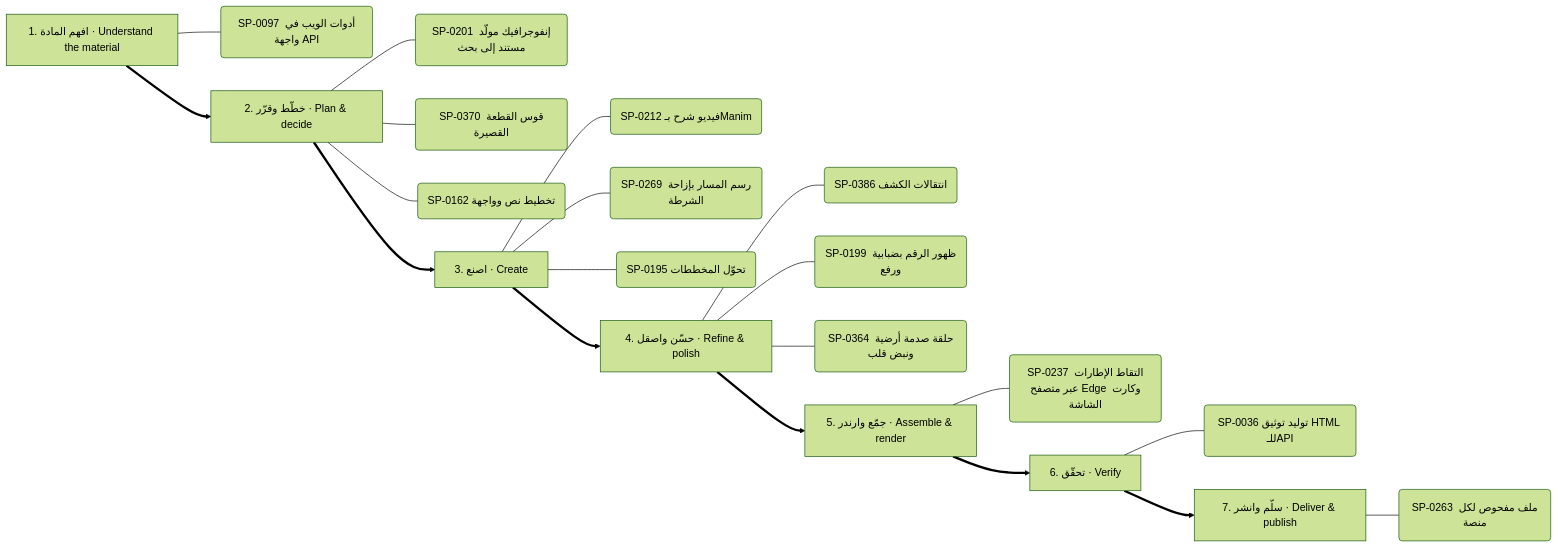
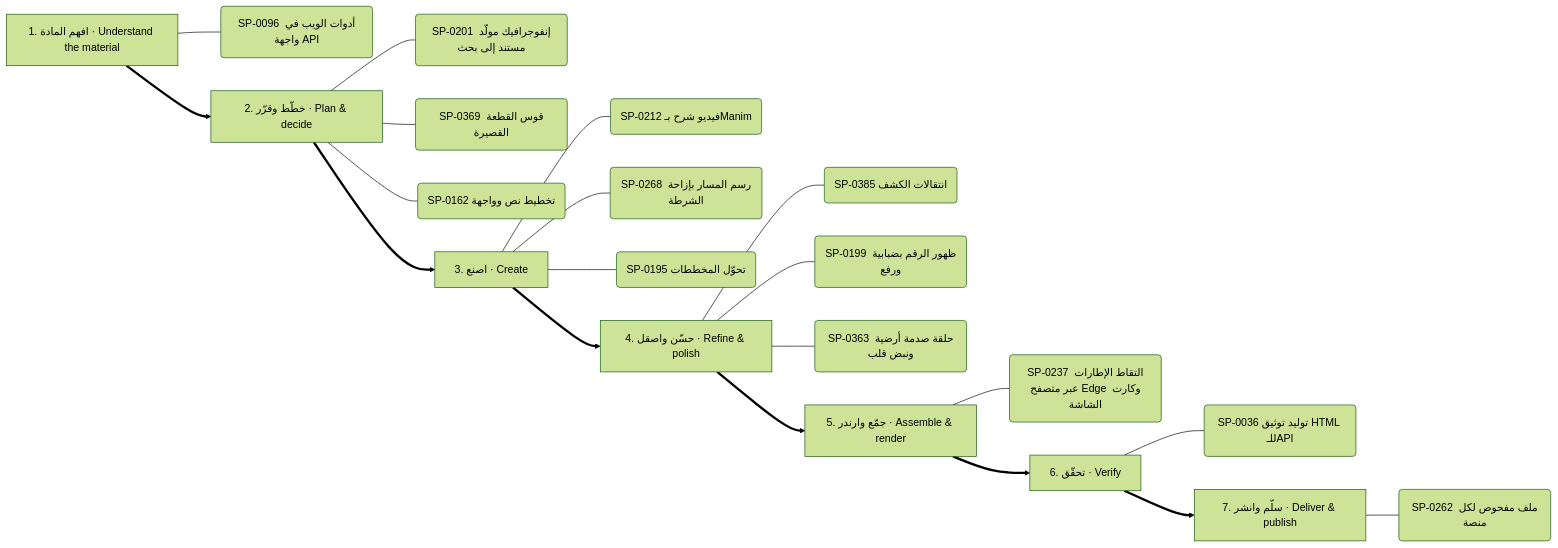
One commit to kosif199022-jpg/kosif-tool changed the fifth of 13 diagrams in .claude/skills/kosif-superpowers/references/capability-mindmap.md. Above: the diagram before and after it, drawn with Mermaid (forest theme). The commit also changed other lines of this file and 61 other files, not shown here.

````diff
--- a/.claude/skills/kosif-superpowers/references/capability-mindmap.md
+++ b/.claude/skills/kosif-superpowers/references/capability-mindmap.md
@@ -272,29 +273,29 @@
 ```mermaid
 flowchart LR
   S0["1. افهم المادة · Understand the material"]
-  S0 --- S0_0("SP-0097 أدوات الويب في واجهة API")
+  S0 --- S0_0("SP-0096 أدوات الويب في واجهة API")
   S1["2. خطّط وقرّر · Plan & decide"]
   S1 --- S1_0("SP-0201 إنفوجرافيك مولَّد مستند إلى بحث")
-  S1 --- S1_1("SP-0370 قوس القطعة القصيرة")
+  S1 --- S1_1("SP-0369 قوس القطعة القصيرة")
   S1 --- S1_2("SP-0162 تخطيط نص وواجهة")
   S0 ==> S1
   S2["3. اصنع · Create"]
   S2 --- S2_0("SP-0212 فيديو شرح بـManim")
-  S2 --- S2_1("SP-0269 رسم المسار بإزاحة الشرطة")
+  S2 --- S2_1("SP-0268 رسم المسار بإزاحة الشرطة")
   S2 --- S2_2("SP-0195 تحوّل المخططات")
   S1 ==> S2
   S3["4. حسّن واصقل · Refine & polish"]
-  S3 --- S3_0("SP-0386 انتقالات الكشف")
+  S3 --- S3_0("SP-0385 انتقالات الكشف")
   S3 --- S3_1("SP-0199 ظهور الرقم بضبابية ورفع")
-  S3 --- S3_2("SP-0364 حلقة صدمة أرضية ونبض قلب")
+  S3 --- S3_2("SP-0363 حلقة صدمة أرضية ونبض قلب")
   S2 ==> S3
   S4["5. جمّع وارندر · Assemble & render"]
   S4 --- S4_0("SP-0237 التقاط الإطارات عبر متصفح Edge وكارت الشاشة")
   S3 ==> S4
   S5["6. تحقّق · Verify"]
   S5 --- S5_0("SP-0036 توليد توثيق HTML للـAPI")
   S4 ==> S5
   S6["7. سلّم وانشر · Deliver & publish"]
-  S6 --- S6_0("SP-0263 ملف مفحوص لكل منصة")
+  S6 --- S6_0("SP-0262 ملف مفحوص لكل منصة")
   S5 ==> S6
 ```
````
